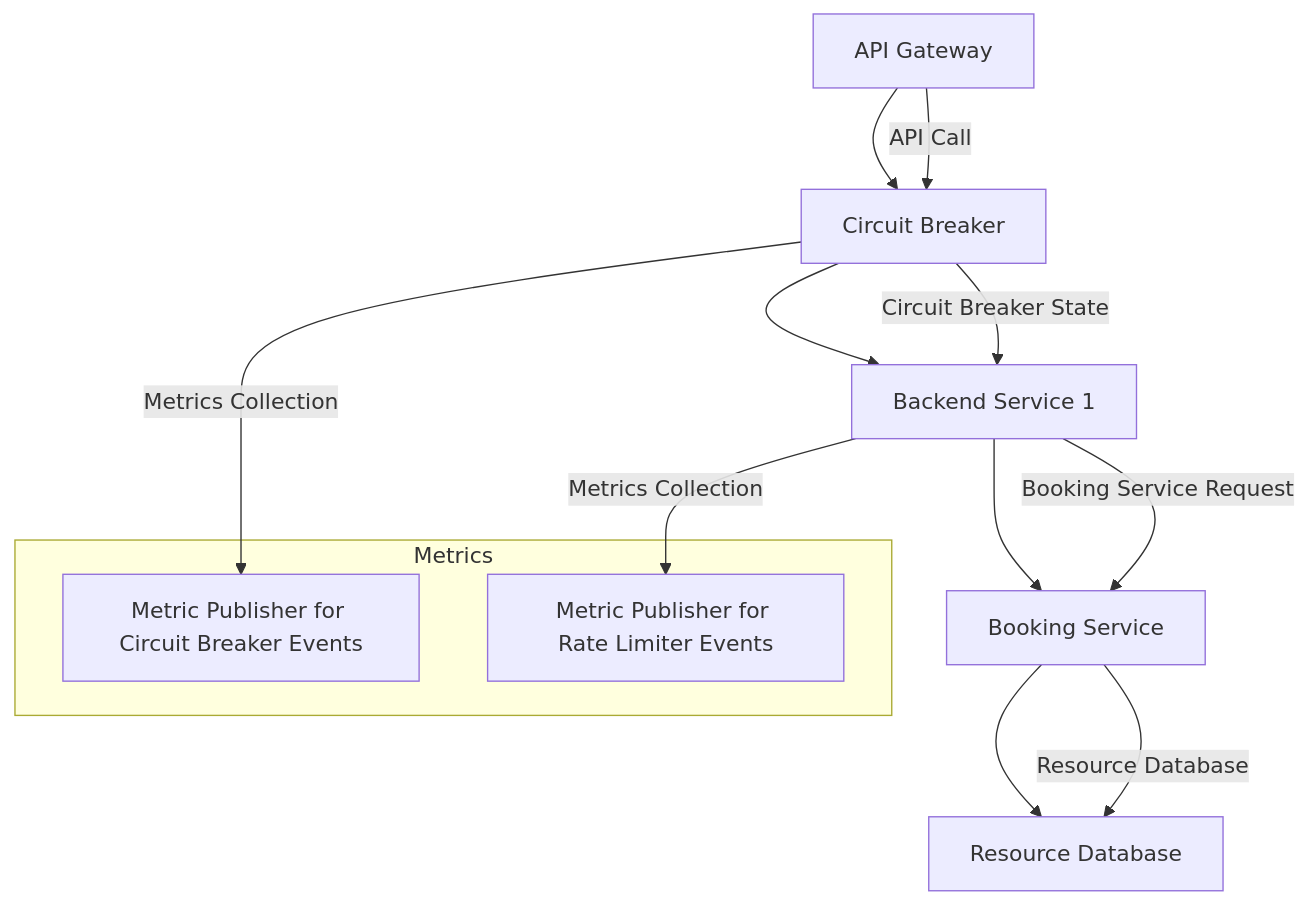
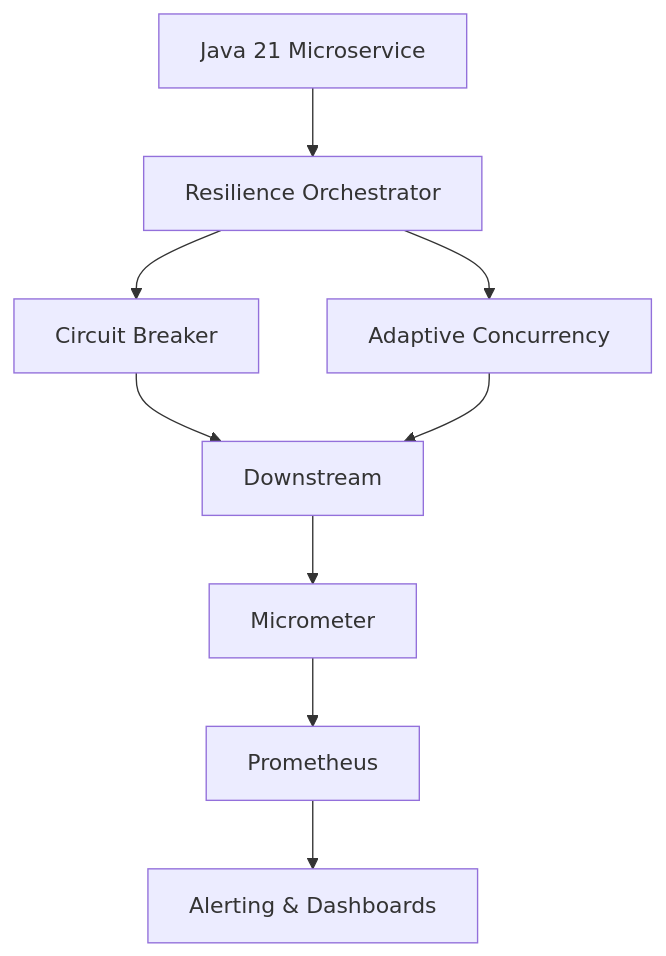
One commit to Joaquinriosheredia/DAM-Java-Mastery changed the seventh of 7 diagrams in _Review/circuit_breaking_avanzado_y_adaptive_concurrency/circuit_breaking_avanzado_y_adaptive_concurrency.md. Above: the diagram before and after it, drawn with Mermaid. The commit also changed other lines of this file, not shown here.

Commit message:
Circuit Breaking Avanzado y Adaptive Concurrency en Java 21

````diff
--- a/_Review/circuit_breaking_avanzado_y_adaptive_concurrency/circuit_breaking_avanzado_y_adaptive_concurrency.md
+++ b/_Review/circuit_breaking_avanzado_y_adaptive_concurrency/circuit_breaking_avanzado_y_adaptive_concurrency.md
@@ -543,19 +479,11 @@
 ```mermaid
 graph TD
-    A[API Gateway] --> B[Circuit Breaker]
-    B --> C[Backend Service 1]
-    C --> D[Booking Service]
-    D --> E[Resource Database]
-    
-    subgraph Metrics
-        F[Metric Publisher for Circuit Breaker Events]
-        G[Metric Publisher for Rate Limiter Events]
-    end
-    
-    A -- "API Call" --> B
-    B -- "Circuit Breaker State" --> C
-    C -- "Booking Service Request" --> D
-    D -- "Resource Database" --> E
-    B -- "Metrics Collection" --> F
-    C -- "Metrics Collection" --> G
+    APP[Java 21 Microservice] --> ORCH[Resilience Orchestrator]
+    ORCH --> CB[Circuit Breaker]
+    ORCH --> LIM[Adaptive Concurrency]
+    CB --> DS[Downstream]
+    LIM --> DS
+    DS --> MET[Micrometer]
+    MET --> PROM[Prometheus]
+    PROM --> GRAF[Alerting & Dashboards]
 ```
````
